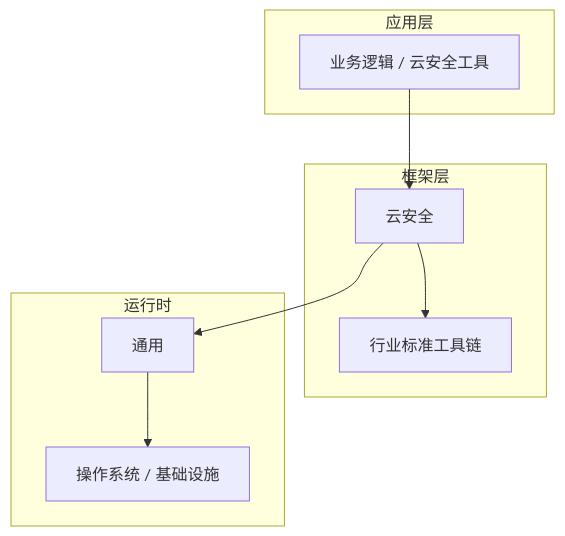
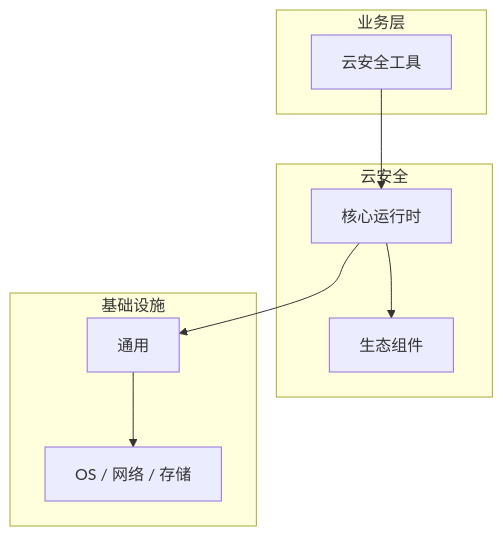
The diagram in articles/云安全/chapters/043-云安全工具核心概念与原理.md (yanggan2015/knowledge-json-v2), drawn with Mermaid before and after one commit. The commit also changed other lines of this file and 10127 other files, not shown here.

````diff
--- a/articles/云安全/chapters/043-云安全工具核心概念与原理.md
+++ b/articles/云安全/chapters/043-云安全工具核心概念与原理.md
@@ -46,18 +31,18 @@
 ```mermaid
 graph TB
-    subgraph 应用层
-        A[业务逻辑 / 云安全工具]
+    subgraph 业务层
+        A[云安全工具]
     end
-    subgraph 框架层
-        B[云安全]
-        C[行业标准工具链]
+    subgraph 云安全
+        B[核心运行时]
+        C[生态组件]
     end
-    subgraph 运行时
+    subgraph 基础设施
         D[通用]
-        E[操作系统 / 基础设施]
+        E[OS / 网络 / 存储]
     end
     A --> B
     B --> C
     B --> D
     D --> E
 ```
````
